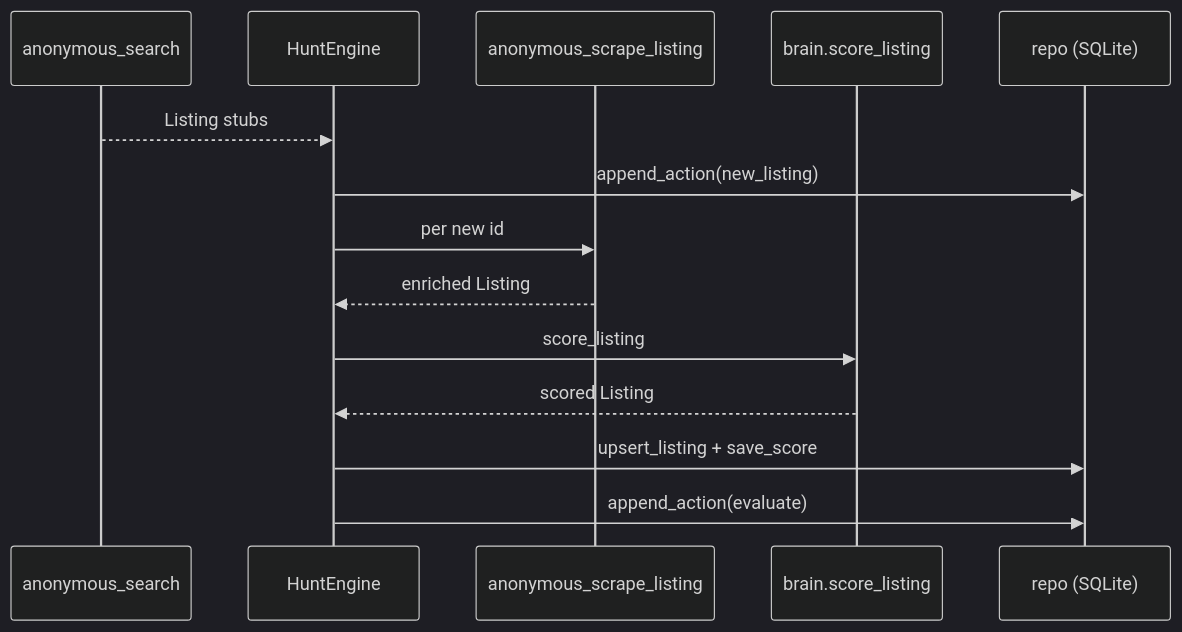
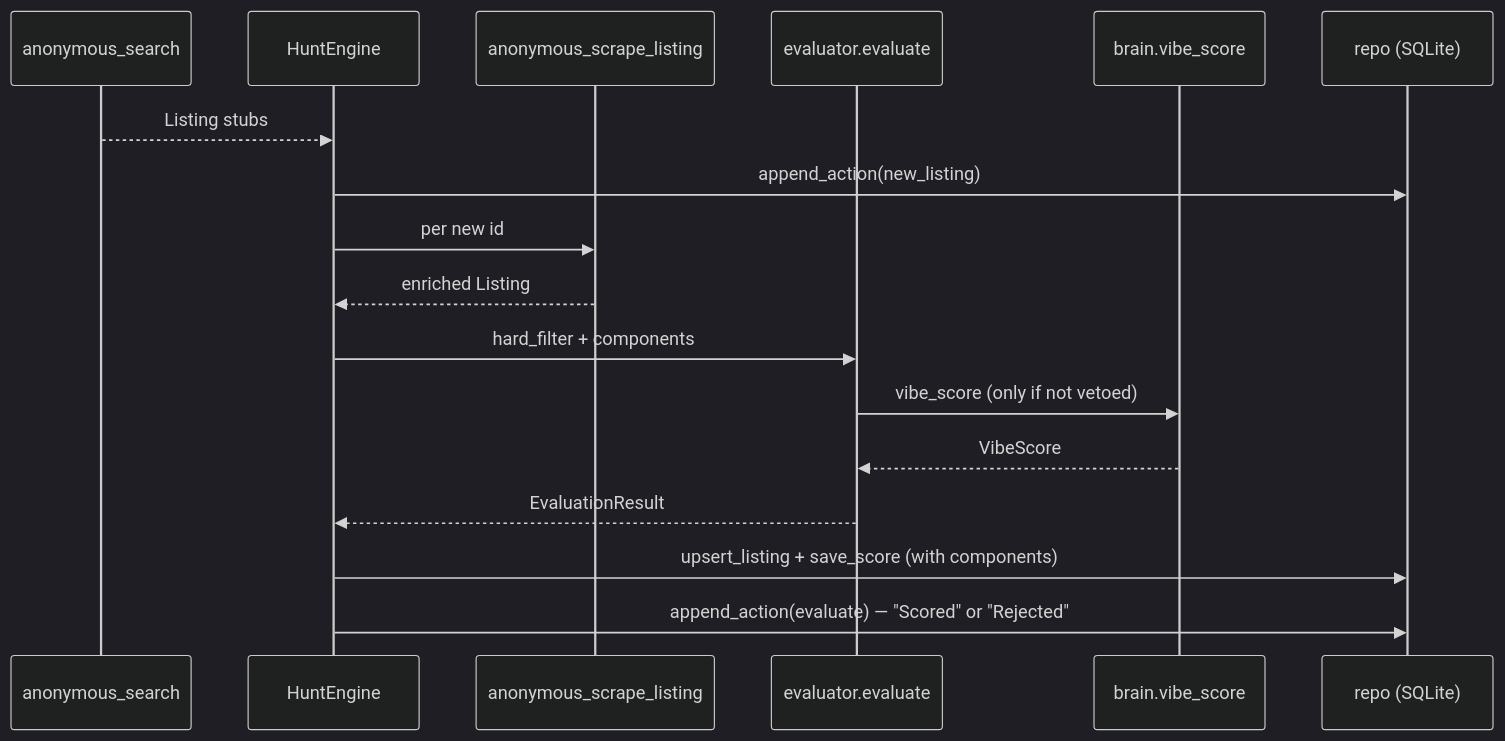
The third of 3 diagrams in docs/DATA_MODEL.md (v-ya-ch-e/tumai-makeathon-2026), drawn with Mermaid (dark theme) before and after one commit. The commit also changed other lines of this file and 11 other files, not shown here.

````diff
--- a/docs/DATA_MODEL.md
+++ b/docs/DATA_MODEL.md
@@ -368,17 +397,20 @@
 ```mermaid
 sequenceDiagram
   participant Search as anonymous_search
   participant Engine as HuntEngine
   participant Scrape as anonymous_scrape_listing
-  participant Brain as brain.score_listing
+  participant Evaluator as evaluator.evaluate
+  participant Brain as brain.vibe_score
   participant DB as repo (SQLite)
 
   Search-->>Engine: Listing stubs
   Engine->>DB: append_action(new_listing)
   Engine->>Scrape: per new id
   Scrape-->>Engine: enriched Listing
-  Engine->>Brain: score_listing
-  Brain-->>Engine: scored Listing
-  Engine->>DB: upsert_listing + save_score
-  Engine->>DB: append_action(evaluate)
+  Engine->>Evaluator: hard_filter + components
+  Evaluator->>Brain: vibe_score (only if not vetoed)
+  Brain-->>Evaluator: VibeScore
+  Evaluator-->>Engine: EvaluationResult
+  Engine->>DB: upsert_listing + save_score (with components)
+  Engine->>DB: append_action(evaluate) — "Scored" or "Rejected"
 ```
````
